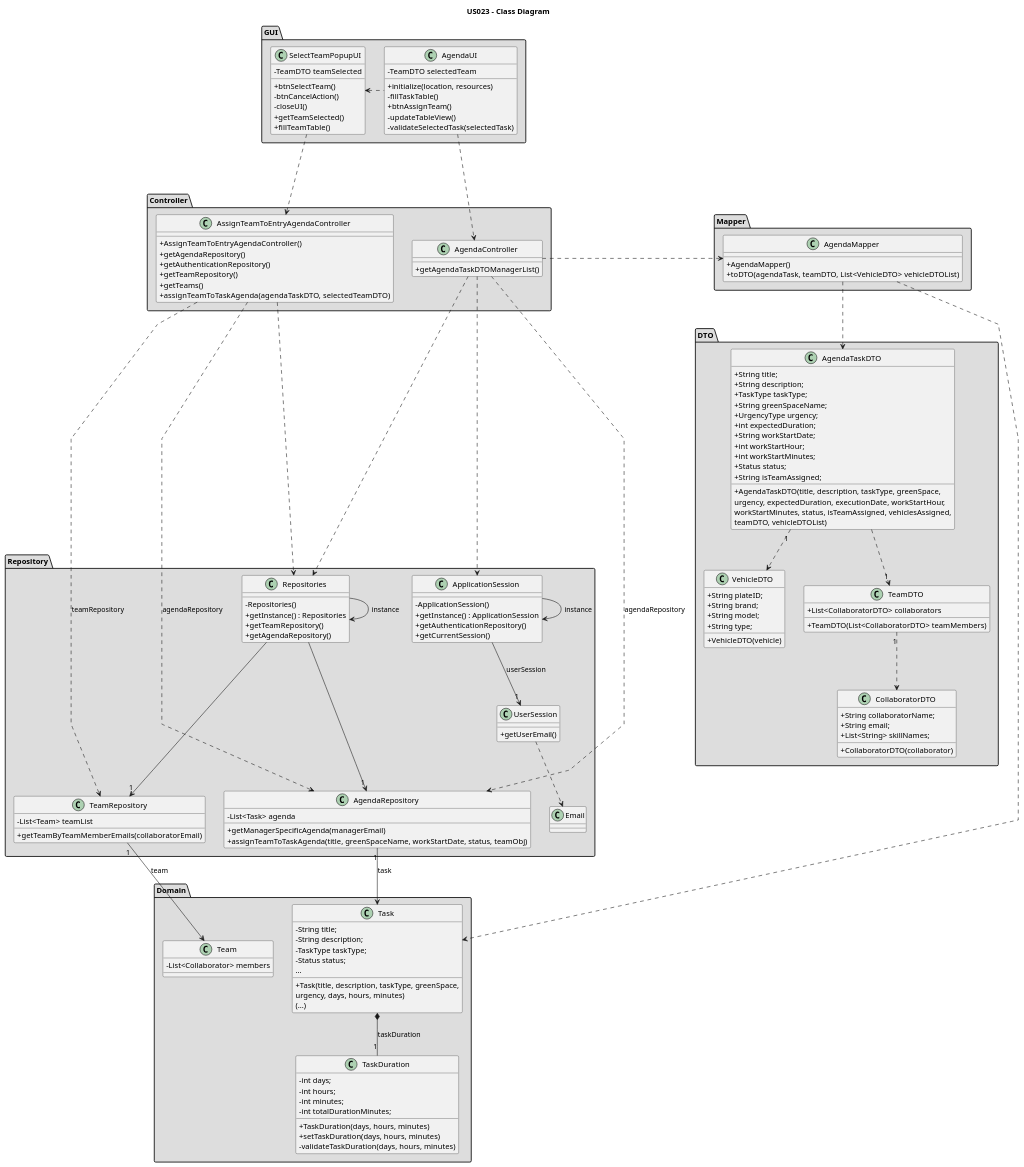
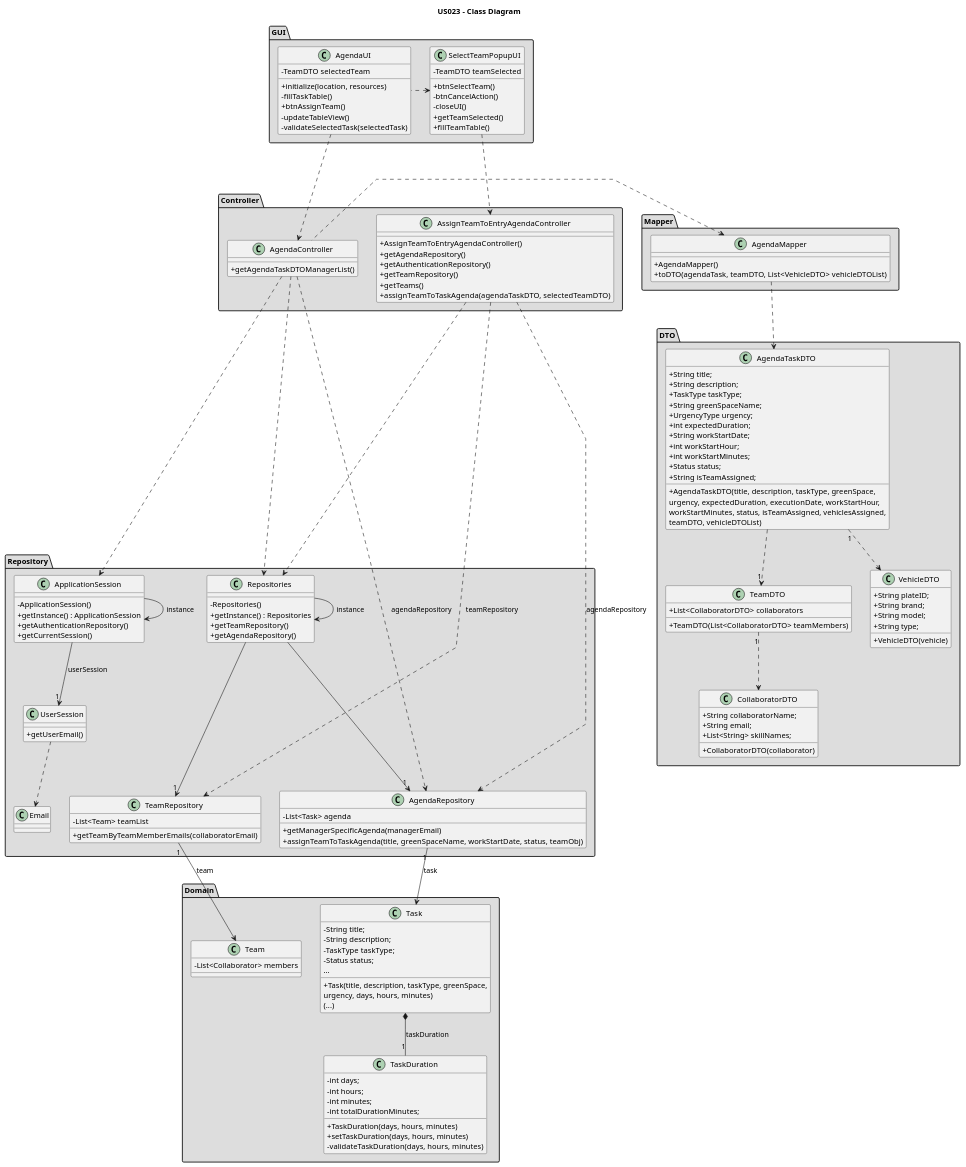
Before and after one commit to Rui-San/LAPR2_2023_2024: the diagram in docs/sprintC/us023/03.design/puml/us023-class-diagram.puml, drawn with PlantUML. The commit also changed 10 other files, not shown here.

Commit message:
US23: Updated Readme with correct links and SD references. Us21: minor update on Class Diagram + readme

```diff
--- a/docs/sprintC/us023/03.design/puml/us023-class-diagram.puml
+++ b/docs/sprintC/us023/03.design/puml/us023-class-diagram.puml
@@ -176,29 +176,6 @@
 
 }
 
-
-'AddNewEntryAgendaUI .down.> AddNewEntryAgendaController
-'AddNewEntryAgendaUI ..right> InsertDatePopupUI
-'AddNewEntryAgendaController ...> Repositories : repositories
-'AddNewEntryAgendaController ...> GreenSpaceRepository : greenSpaceRepository
-'AddNewEntryAgendaController ...> ToDoRepository : toDoRepository
-'AddNewEntryAgendaController ...> AgendaRepository : agendaRepository
-'AddNewEntryAgendaController ...> ApplicationSession
-'Repositories -> Repositories : instance
-'Repositories ---> "1" GreenSpaceRepository
-'Repositories ---> "1" ToDoRepository
-'Repositories ---> "1" AgendaRepository
-'ApplicationSession -> ApplicationSession : instance
-'ApplicationSession -down-> "1" UserSession : userSession
-'UserSession ..> Email
-'GreenSpaceRepository "1" -> GreenSpace : greenSpace
-'ToDoRepository "1" -down-> Task : task
-'Task *--"1" TaskDuration : taskDuration
-'AddNewEntryAgendaController ..right.> ToDoListMapper
-'ToDoListMapper ..> Task : task
-'ToDoListMapper ..> ToDoTaskWithStatusDTO : toDoTaskWithStatusDTO
-'ToDoTaskDTO <|-- ToDoTaskWithStatusDTO
-
 AgendaUI ..> AgendaController
 AgendaUI .left.> SelectTeamPopupUI
 SelectTeamPopupUI ...> AssignTeamToEntryAgendaController
@@ -220,7 +197,6 @@
 AgendaController ..left> AgendaMapper
 AgendaMapper ..> AgendaTaskDTO
 AgendaTaskDTO ..> "1"TeamDTO
-AgendaMapper ..> Task
 TeamDTO "1" ..> CollaboratorDTO
 AgendaTaskDTO "1" ..> VehicleDTO
 
```
